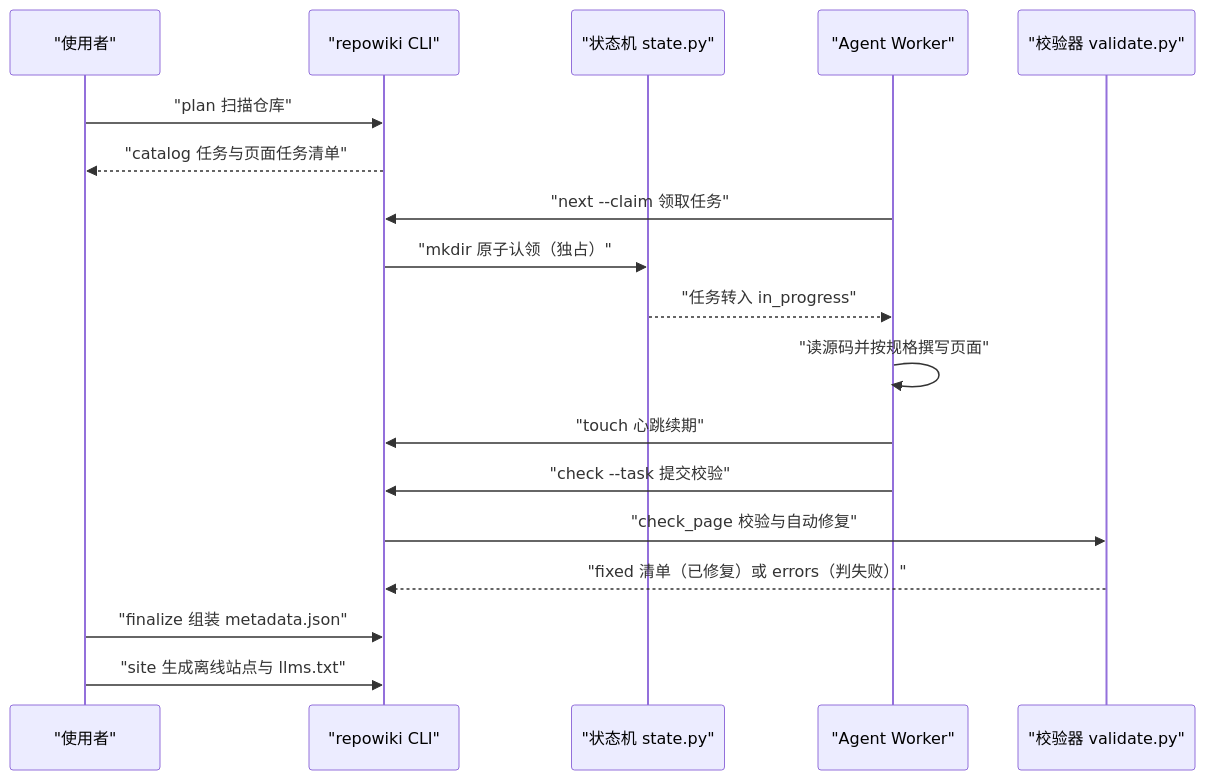
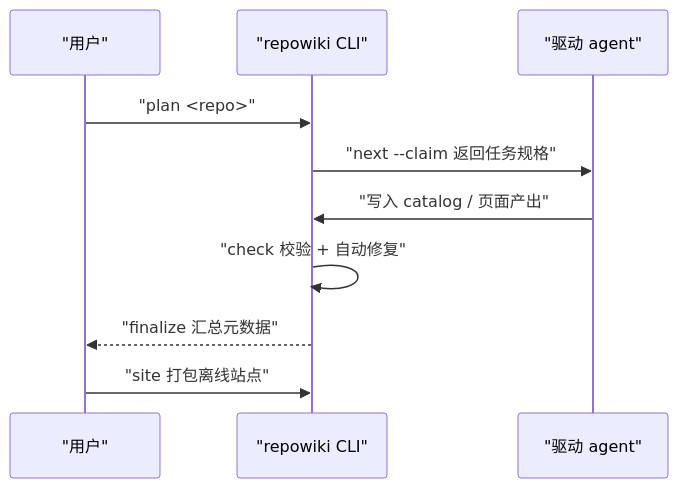
Before and after one commit to luomsis/repowiki: the first of 2 diagrams in .repowiki/zh/content/项目概述/项目概述.md, drawn with Mermaid. The commit also changed other lines of this file and 100 other files, not shown here.

````diff
--- a/.repowiki/zh/content/项目概述/项目概述.md
+++ b/.repowiki/zh/content/项目概述/项目概述.md
@@ -103,20 +73,12 @@
 ```mermaid
 sequenceDiagram
-participant User as "使用者"
+participant U as "用户"
 participant CLI as "repowiki CLI"
-participant State as "状态机 state.py"
-participant Worker as "Agent Worker"
-participant Val as "校验器 validate.py"
-User->>CLI : "plan 扫描仓库"
-CLI-->>User : "catalog 任务与页面任务清单"
-Worker->>CLI : "next --claim 领取任务"
-CLI->>State : "mkdir 原子认领（独占）"
-State-->>Worker : "任务转入 in_progress"
-Worker->>Worker : "读源码并按规格撰写页面"
-Worker->>CLI : "touch 心跳续期"
-Worker->>CLI : "check --task 提交校验"
-CLI->>Val : "check_page 校验与自动修复"
-Val-->>CLI : "fixed 清单（已修复）或 errors（判失败）"
-User->>CLI : "finalize 组装 metadata.json"
-User->>CLI : "site 生成离线站点与 llms.txt"
+participant AG as "驱动 agent"
+U->>CLI : "plan <repo>"
+CLI->>AG : "next --claim 返回任务规格"
+AG->>CLI : "写入 catalog / 页面产出"
+CLI->>CLI : "check 校验 + 自动修复"
+CLI-->>U : "finalize 汇总元数据"
+U->>CLI : "site 打包离线站点"
 ```
````
